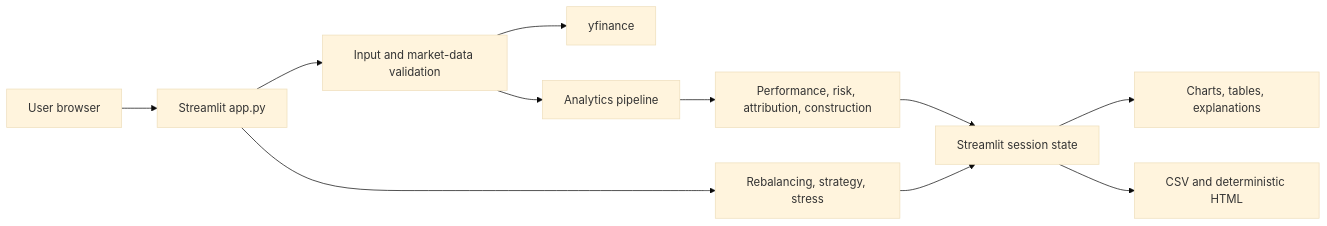
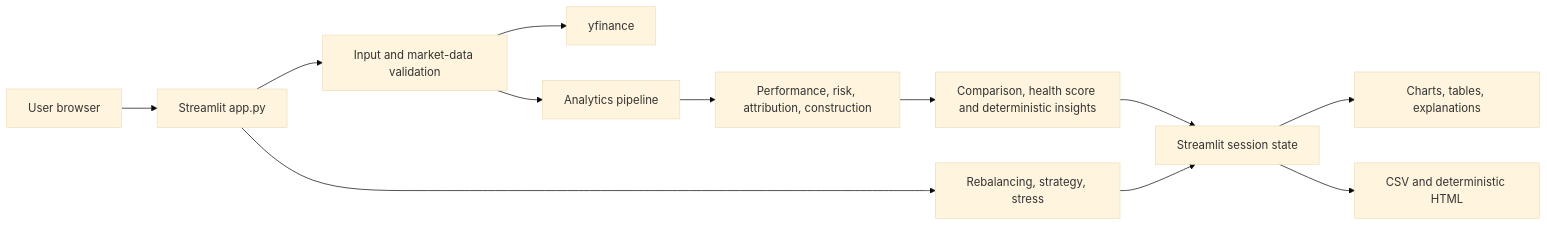
One commit to Jams411/portfolio-research-dashboard changed the first of 5 diagrams in docs/ARCHITECTURE.md. Above: the diagram before and after it, drawn with Mermaid (base theme). The commit also changed other lines of this file and 9 other files, not shown here.

````diff
--- a/docs/ARCHITECTURE.md
+++ b/docs/ARCHITECTURE.md
@@ -9,13 +9,14 @@
 ```mermaid
 flowchart LR
     User["User browser"] --> App["Streamlit app.py"]
     App --> Validation["Input and market-data validation"]
     Validation --> YF["yfinance"]
     Validation --> Pipeline["Analytics pipeline"]
     Pipeline --> Analytics["Performance, risk, attribution, construction"]
+    Analytics --> Research["Comparison, health score and deterministic insights"]
     App --> Decisions["Rebalancing, strategy, stress"]
-    Analytics --> State["Streamlit session state"]
+    Research --> State["Streamlit session state"]
     Decisions --> State
     State --> Views["Charts, tables, explanations"]
     State --> Exports["CSV and deterministic HTML"]
 ```
````
